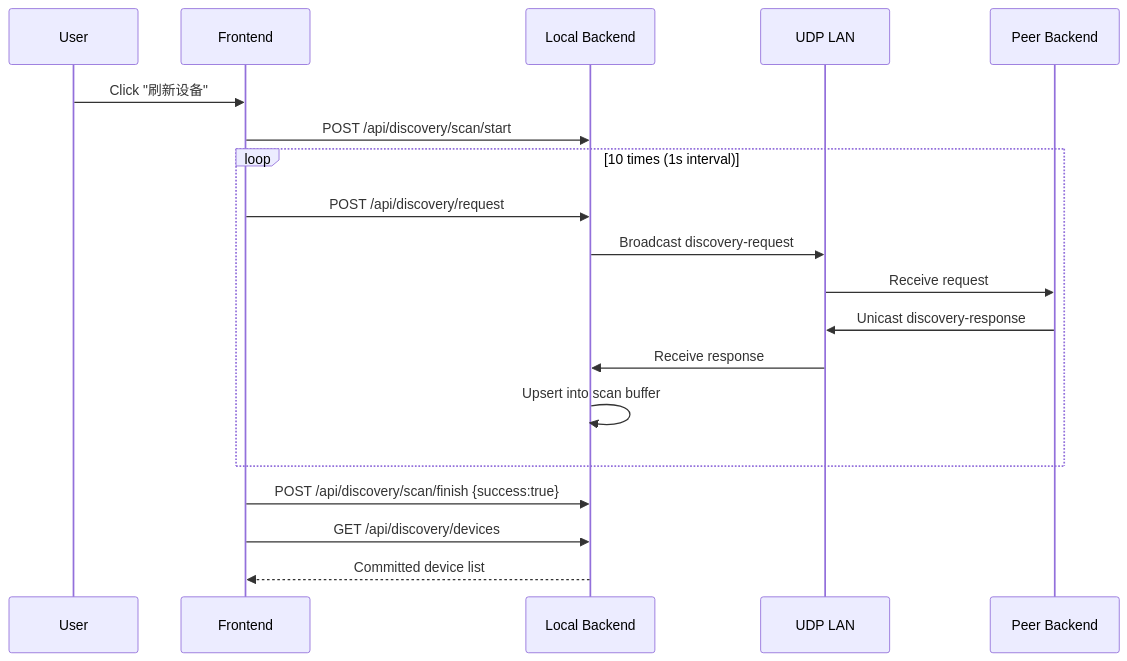
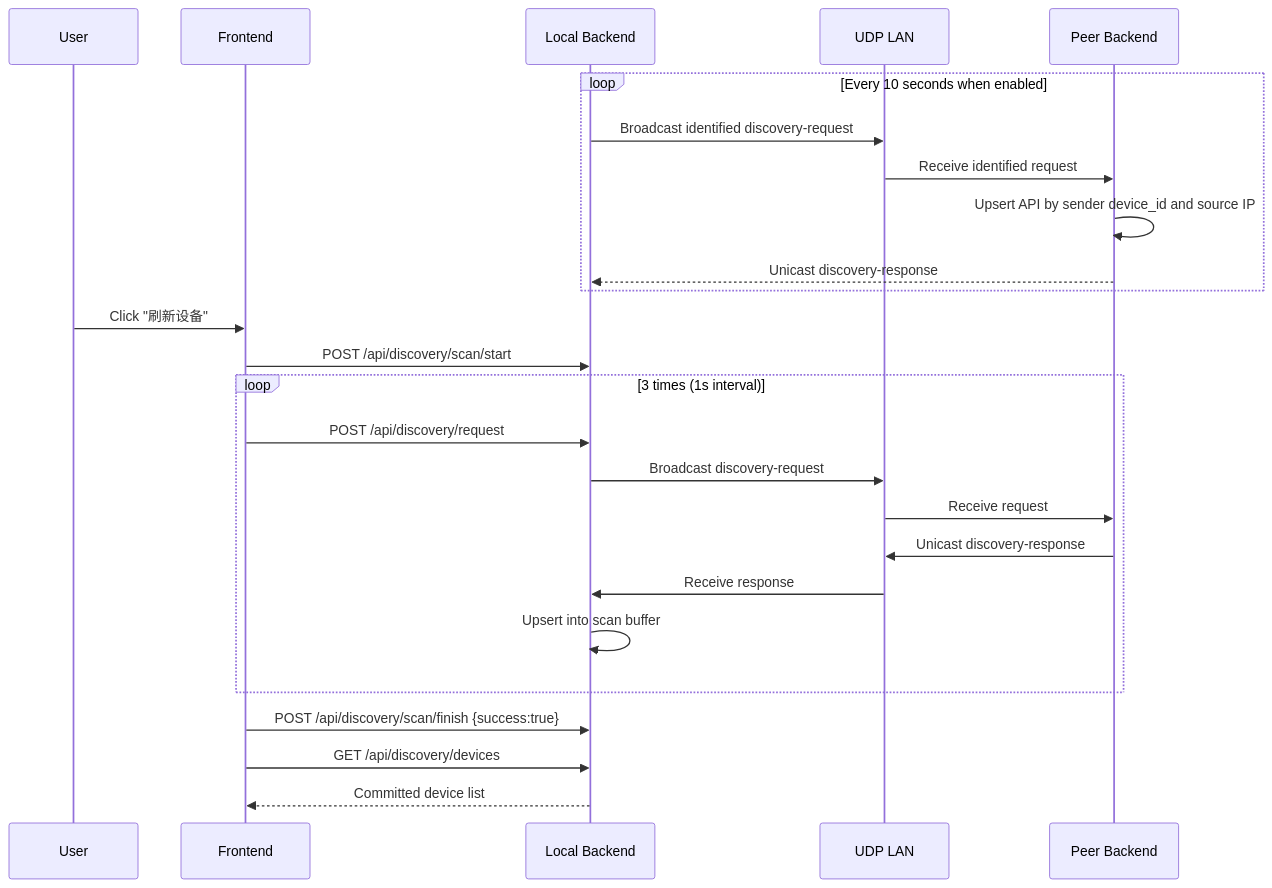
Before and after one commit to Afeather2017/Kaulan: the diagram in docs/device-discovery.md, drawn with Mermaid. The commit also changed other lines of this file and 8 other files, not shown here.

````diff
--- a/docs/device-discovery.md
+++ b/docs/device-discovery.md
@@ -110,24 +141,31 @@
 ```mermaid
 sequenceDiagram
     participant User as User
     participant FE as Frontend
     participant API as Local Backend
     participant UDP as UDP LAN
     participant Peer as Peer Backend
 
+    loop Every 10 seconds when enabled
+        API->>UDP: Broadcast identified discovery-request
+        UDP->>Peer: Receive identified request
+        Peer->>Peer: Upsert API by sender device_id and source IP
+        Peer-->>API: Unicast discovery-response
+    end
+
     User->>FE: Click "刷新设备"
     FE->>API: POST /api/discovery/scan/start
 
-    loop 10 times (1s interval)
+    loop 3 times (1s interval)
         FE->>API: POST /api/discovery/request
         API->>UDP: Broadcast discovery-request
         UDP->>Peer: Receive request
         Peer->>UDP: Unicast discovery-response
         UDP->>API: Receive response
         API->>API: Upsert into scan buffer
     end
 
     FE->>API: POST /api/discovery/scan/finish {success:true}
     FE->>API: GET /api/discovery/devices
     API-->>FE: Committed device list
 ```
````
